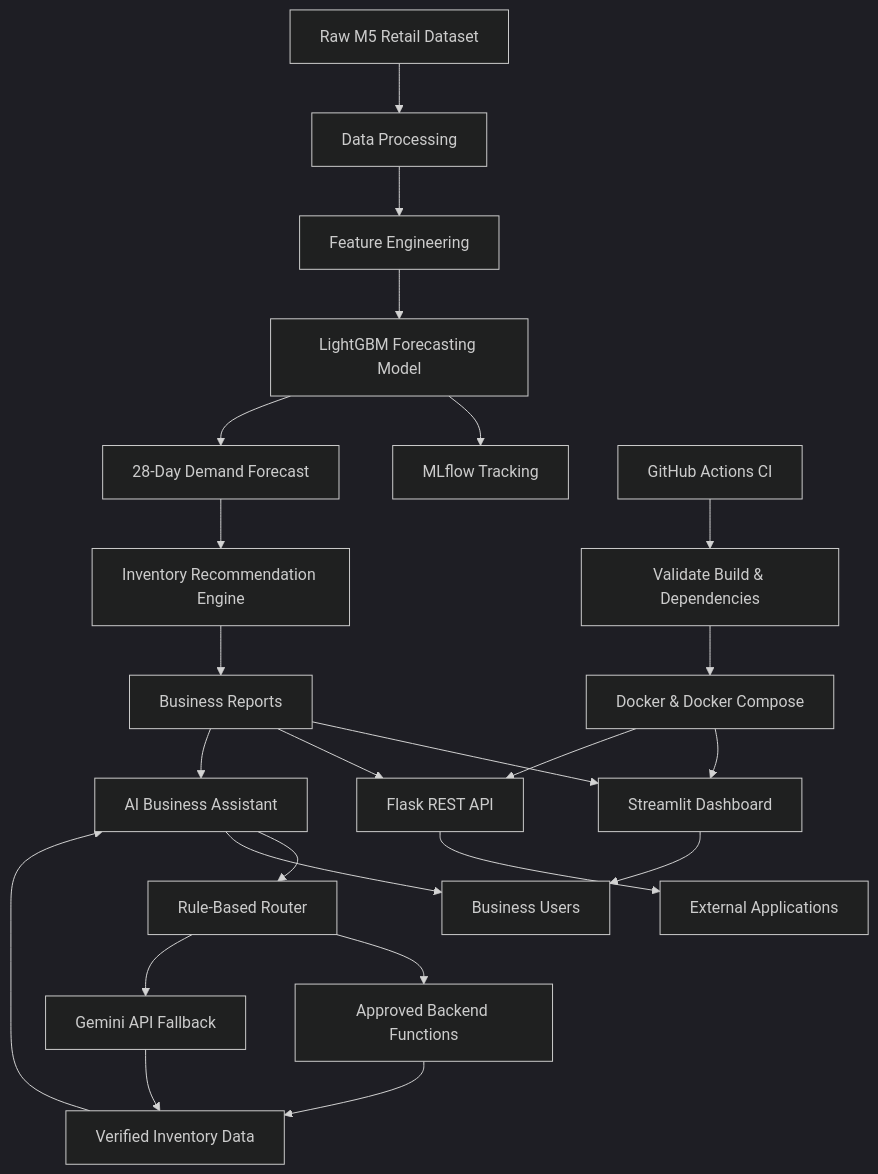
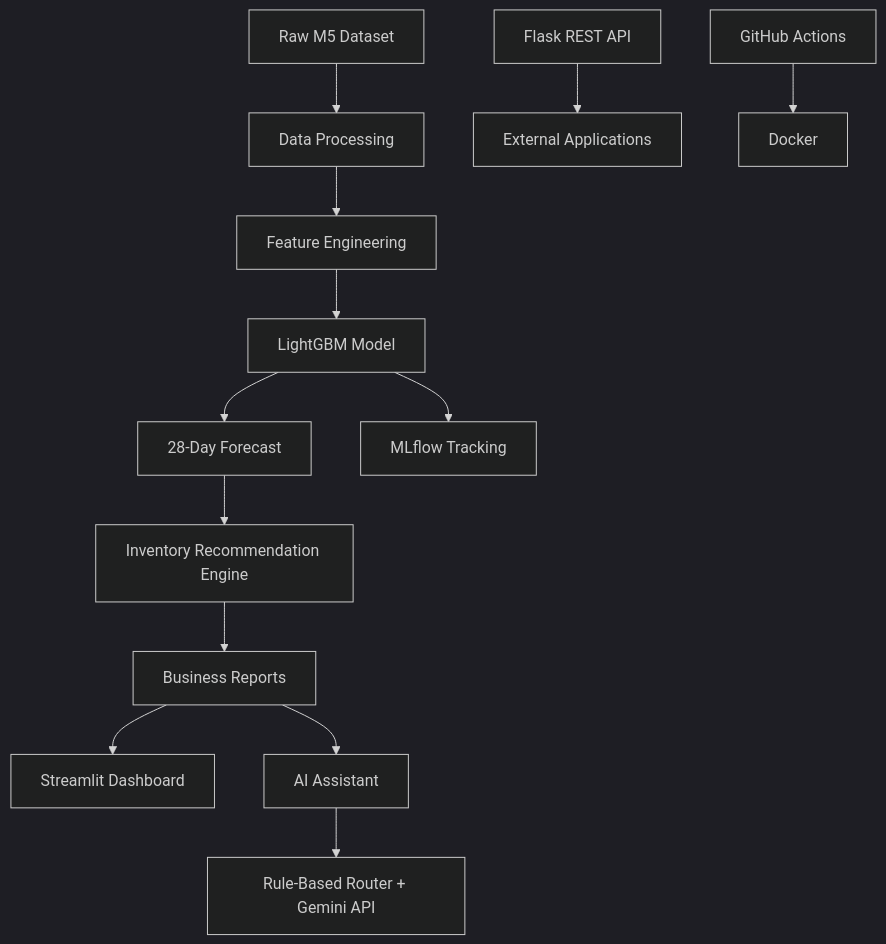
One commit to hanannazri/Intelligent-Forecasting-MLOps-Platform changed the first of 4 diagrams in README.md. Above: the diagram before and after it, drawn with Mermaid (dark theme). The commit also changed other lines of this file, not shown here.

````diff
--- a/README.md
+++ b/README.md
@@ -130,35 +130,26 @@
 ```mermaid
 flowchart TD
 
-A[Raw M5 Retail Dataset] --> B[Data Processing]
-B --> C[Feature Engineering]
-C --> D[LightGBM Forecasting Model]
+A[Raw M5 Dataset]
+--> B[Data Processing]
+--> C[Feature Engineering]
+--> D[LightGBM Model]
+--> E[28-Day Forecast]
+--> F[Inventory Recommendation Engine]
+--> G[Business Reports]
 
-D --> E[MLflow Tracking]
-D --> F[28-Day Demand Forecast]
+G --> H[Streamlit Dashboard]
+G --> I[AI Assistant]
 
-F --> G[Inventory Recommendation Engine]
-G --> H[Business Reports]
+I --> J[Rule-Based Router + Gemini API]
 
-H --> I[Streamlit Dashboard]
-H --> J[Flask REST API]
-H --> K[AI Business Assistant]
+D --> K[MLflow Tracking]
 
-K --> L[Rule-Based Router]
-L --> M[Approved Backend Functions]
-L --> N[Gemini API Fallback]
+L[Flask REST API]
+--> M[External Applications]
 
-M --> O[Verified Inventory Data]
-N --> O
-O --> K
+N[Docker]
 
-I --> P[Business Users]
-K --> P
-J --> Q[External Applications]
-
-R[Docker & Docker Compose] --> I
-R --> J
-
-S[GitHub Actions CI] --> T[Validate Build & Dependencies]
-T --> R
+O[GitHub Actions]
+--> N
 ```
````
